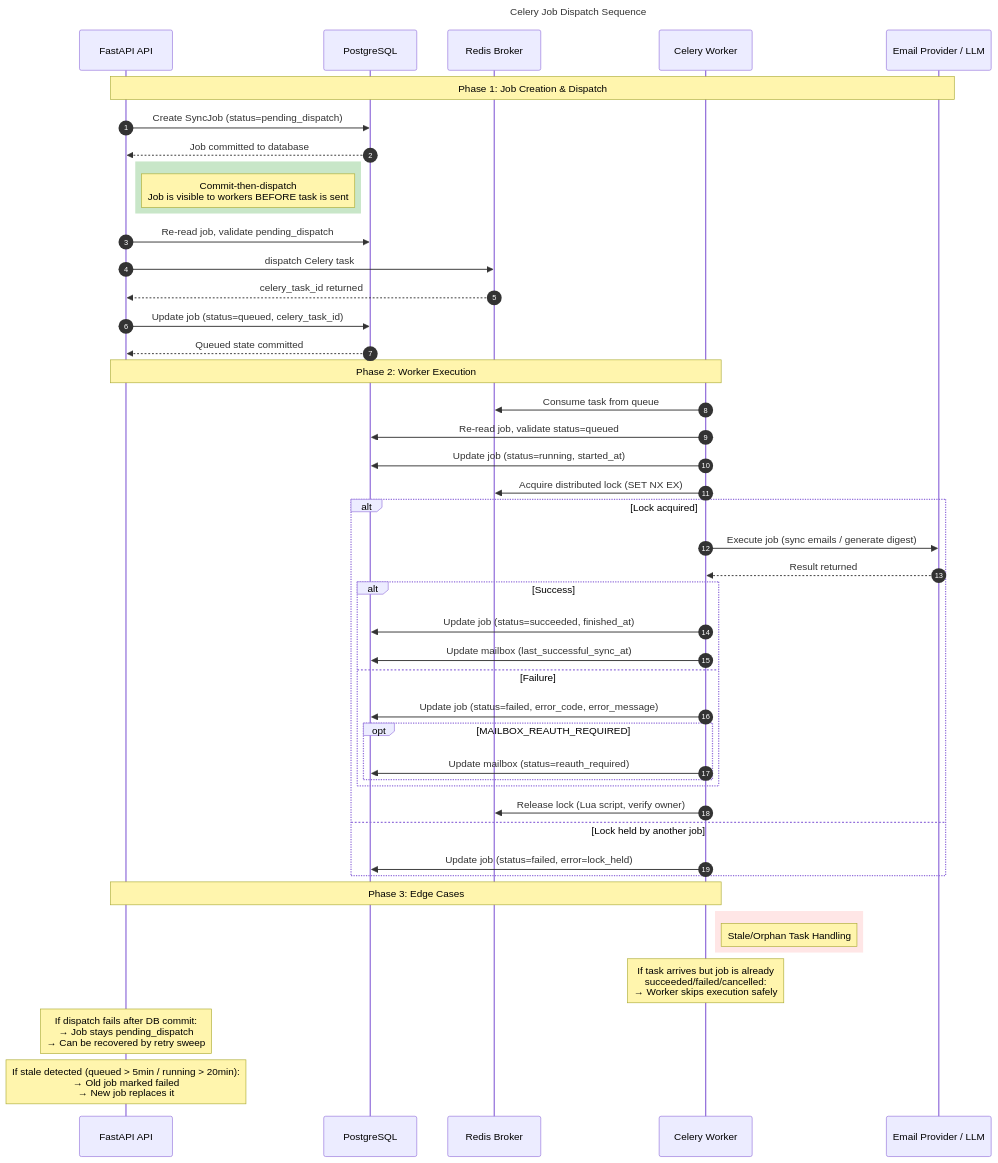
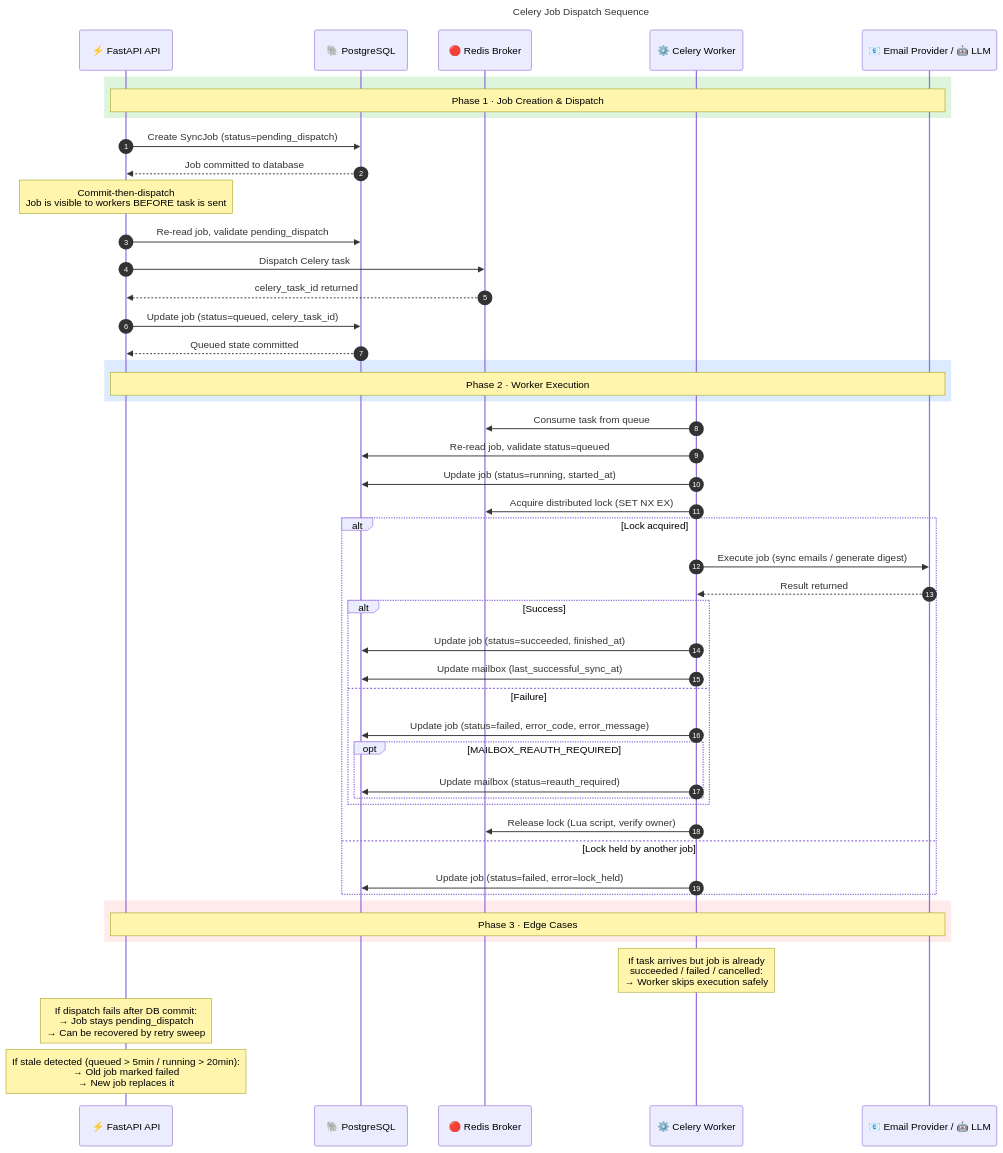
Before and after one commit to moye12325/mailmind-ai-email-copilot: the diagram in docs/architecture/mermaid/03-celery-job-dispatch-sequence.mmd, drawn with Mermaid. The commit also changed 14 other files, not shown here.

First line of the commit message:
docs: add v0.5.2 rendered architecture diagrams

```diff
--- a/docs/architecture/mermaid/03-celery-job-dispatch-sequence.mmd
+++ b/docs/architecture/mermaid/03-celery-job-dispatch-sequence.mmd
@@ -1,65 +1,65 @@
 ---
 title: "Celery Job Dispatch Sequence"
 description: "Commit-then-dispatch reliability model for background jobs"
 ---
 
 sequenceDiagram
     autonumber
-    participant API as FastAPI API
-    participant DB as PostgreSQL
-    participant Redis as Redis Broker
-    participant Worker as Celery Worker
-    participant Provider as Email Provider / LLM
+    participant API as ⚡ FastAPI API
+    participant DB as 🐘 PostgreSQL
+    participant Redis as 🔴 Redis Broker
+    participant Worker as ⚙️ Celery Worker
+    participant Provider as 📧 Email Provider / 🤖 LLM
 
-    Note over API,Provider: Phase 1: Job Creation & Dispatch
+    rect rgb(220, 245, 220)
+        Note over API,Provider: Phase 1 · Job Creation & Dispatch
+    end
 
     API->>DB: Create SyncJob (status=pending_dispatch)
     DB-->>API: Job committed to database
 
-    rect rgb(200, 230, 200)
-        Note right of API: Commit-then-dispatch<br/>Job is visible to workers BEFORE task is sent
-    end
+    Note over API: Commit-then-dispatch<br/>Job is visible to workers BEFORE task is sent
 
     API->>DB: Re-read job, validate pending_dispatch
-    API->>Redis: dispatch Celery task
+    API->>Redis: Dispatch Celery task
     Redis-->>API: celery_task_id returned
     API->>DB: Update job (status=queued, celery_task_id)
     DB-->>API: Queued state committed
 
-    Note over API,Worker: Phase 2: Worker Execution
+    rect rgb(220, 235, 255)
+        Note over API,Provider: Phase 2 · Worker Execution
+    end
 
     Worker->>Redis: Consume task from queue
     Worker->>DB: Re-read job, validate status=queued
     Worker->>DB: Update job (status=running, started_at)
     Worker->>Redis: Acquire distributed lock (SET NX EX)
 
     alt Lock acquired
         Worker->>Provider: Execute job (sync emails / generate digest)
         Provider-->>Worker: Result returned
 
         alt Success
             Worker->>DB: Update job (status=succeeded, finished_at)
             Worker->>DB: Update mailbox (last_successful_sync_at)
         else Failure
             Worker->>DB: Update job (status=failed, error_code, error_message)
             opt MAILBOX_REAUTH_REQUIRED
                 Worker->>DB: Update mailbox (status=reauth_required)
             end
         end
 
         Worker->>Redis: Release lock (Lua script, verify owner)
     else Lock held by another job
         Worker->>DB: Update job (status=failed, error=lock_held)
     end
 
-    Note over API,Worker: Phase 3: Edge Cases
-
-    rect rgb(255, 230, 230)
-        Note right of Worker: Stale/Orphan Task Handling
+    rect rgb(255, 235, 235)
+        Note over API,Provider: Phase 3 · Edge Cases
     end
 
-    Note over Worker: If task arrives but job is already<br/>succeeded/failed/cancelled:<br/>→ Worker skips execution safely
+    Note over Worker: If task arrives but job is already<br/>succeeded / failed / cancelled:<br/>→ Worker skips execution safely
 
     Note over API: If dispatch fails after DB commit:<br/>→ Job stays pending_dispatch<br/>→ Can be recovered by retry sweep
 
     Note over API: If stale detected (queued > 5min / running > 20min):<br/>→ Old job marked failed<br/>→ New job replaces it
```
